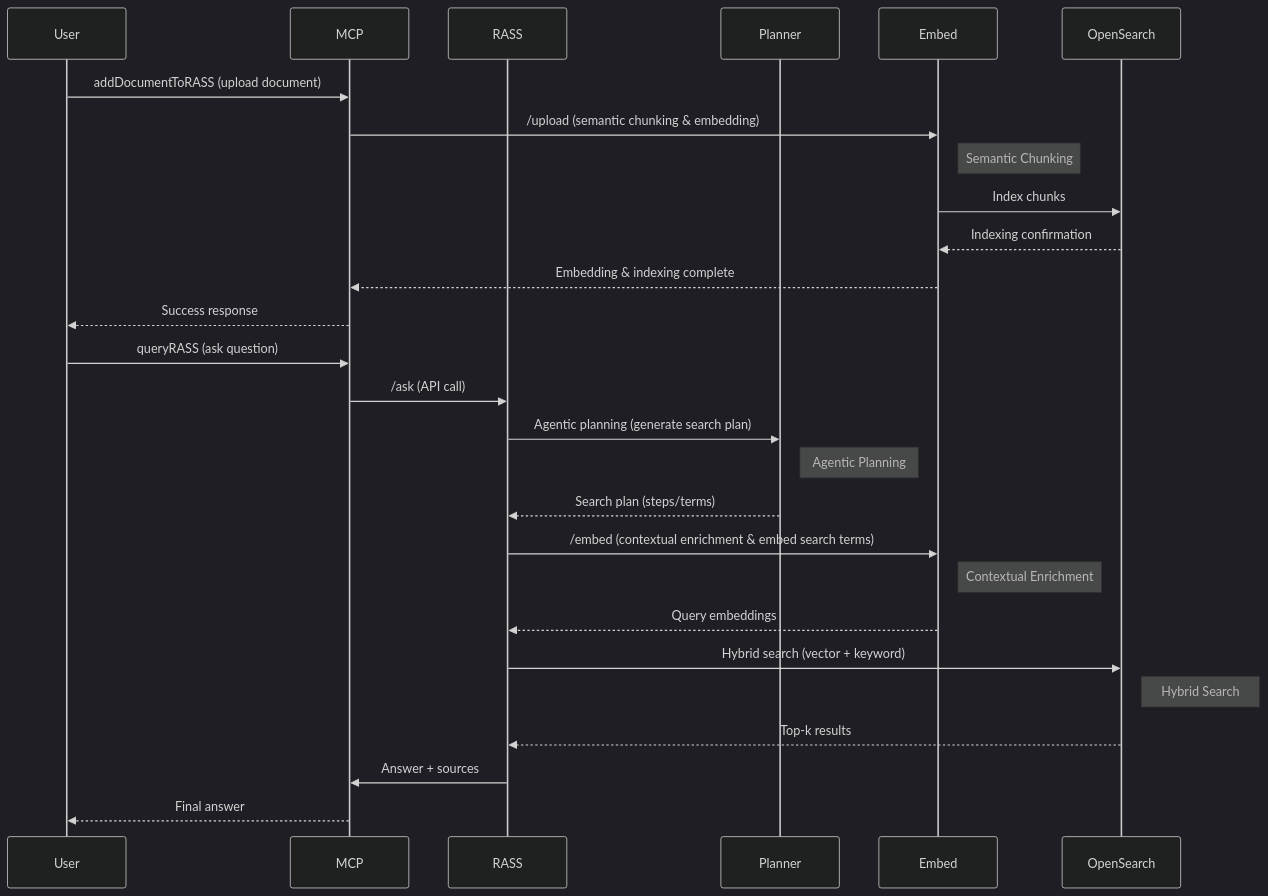
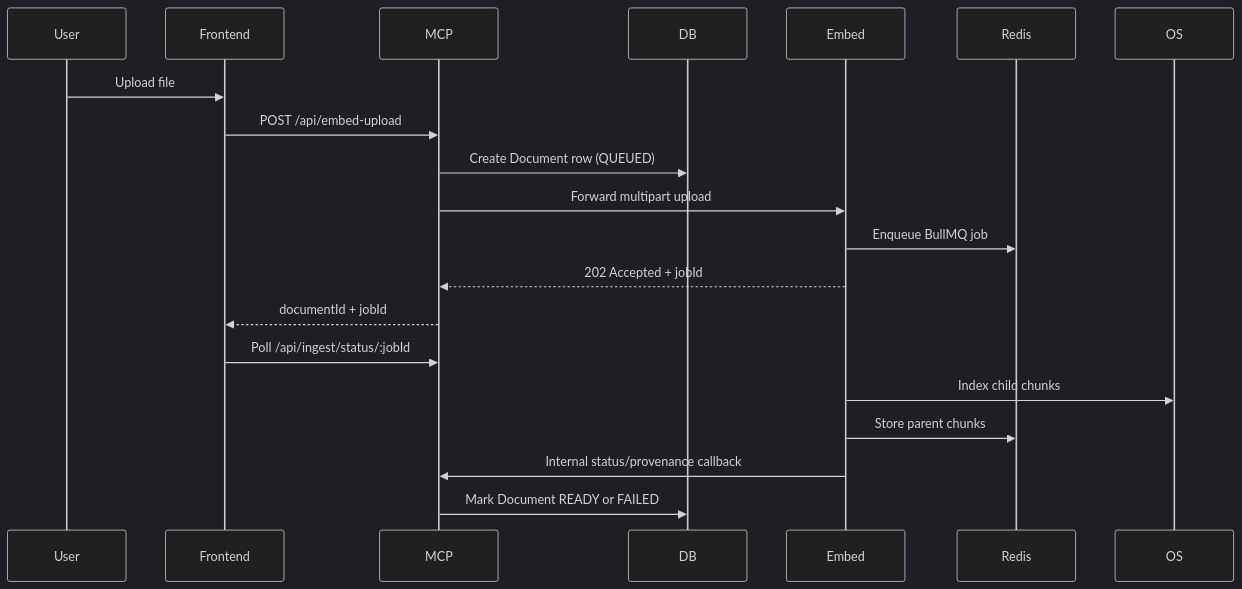
Before and after one commit to Taleef7/enhanced-rass: the fourth of 5 diagrams in docs/PLANNER_AND_DIAGRAMS.md, drawn with Mermaid (dark theme). The commit also changed other lines of this file and 16 other files, not shown here.

````diff
--- a/docs/PLANNER_AND_DIAGRAMS.md
+++ b/docs/PLANNER_AND_DIAGRAMS.md
@@ -80,33 +177,23 @@
 ```mermaid
 sequenceDiagram
     participant User
+    participant Frontend
     participant MCP
-    participant RASS
-    participant Planner
+    participant DB
     participant Embed
-    participant OpenSearch
+    participant Redis
+    participant OS
 
-    %% Document Ingestion Workflow
-    User->>MCP: addDocumentToRASS (upload document)
-    MCP->>Embed: /upload (semantic chunking & embedding)
-    Note right of Embed: Semantic Chunking
-    Embed->>OpenSearch: Index chunks
-    OpenSearch-->>Embed: Indexing confirmation
-    Embed-->>MCP: Embedding & indexing complete
-    MCP-->>User: Success response
-
-    %% Query Workflow
-    User->>MCP: queryRASS (ask question)
-    MCP->>RASS: /ask (API call)
-    RASS->>Planner: Agentic planning (generate search plan)
-    Note right of Planner: Agentic Planning
-    Planner-->>RASS: Search plan (steps/terms)
-    RASS->>Embed: /embed (contextual enrichment & embed search terms)
-    Note right of Embed: Contextual Enrichment
-    Embed-->>RASS: Query embeddings
-    RASS->>OpenSearch: Hybrid search (vector + keyword)
-    Note right of OpenSearch: Hybrid Search
-    OpenSearch-->>RASS: Top-k results
-    RASS->>MCP: Answer + sources
-    MCP-->>User: Final answer
+    User->>Frontend: Upload file
+    Frontend->>MCP: POST /api/embed-upload
+    MCP->>DB: Create Document row (QUEUED)
+    MCP->>Embed: Forward multipart upload
+    Embed->>Redis: Enqueue BullMQ job
+    Embed-->>MCP: 202 Accepted + jobId
+    MCP-->>Frontend: documentId + jobId
+    Frontend->>MCP: Poll /api/ingest/status/:jobId
+    Embed->>OS: Index child chunks
+    Embed->>Redis: Store parent chunks
+    Embed->>MCP: Internal status/provenance callback
+    MCP->>DB: Mark Document READY or FAILED
 ```
````
